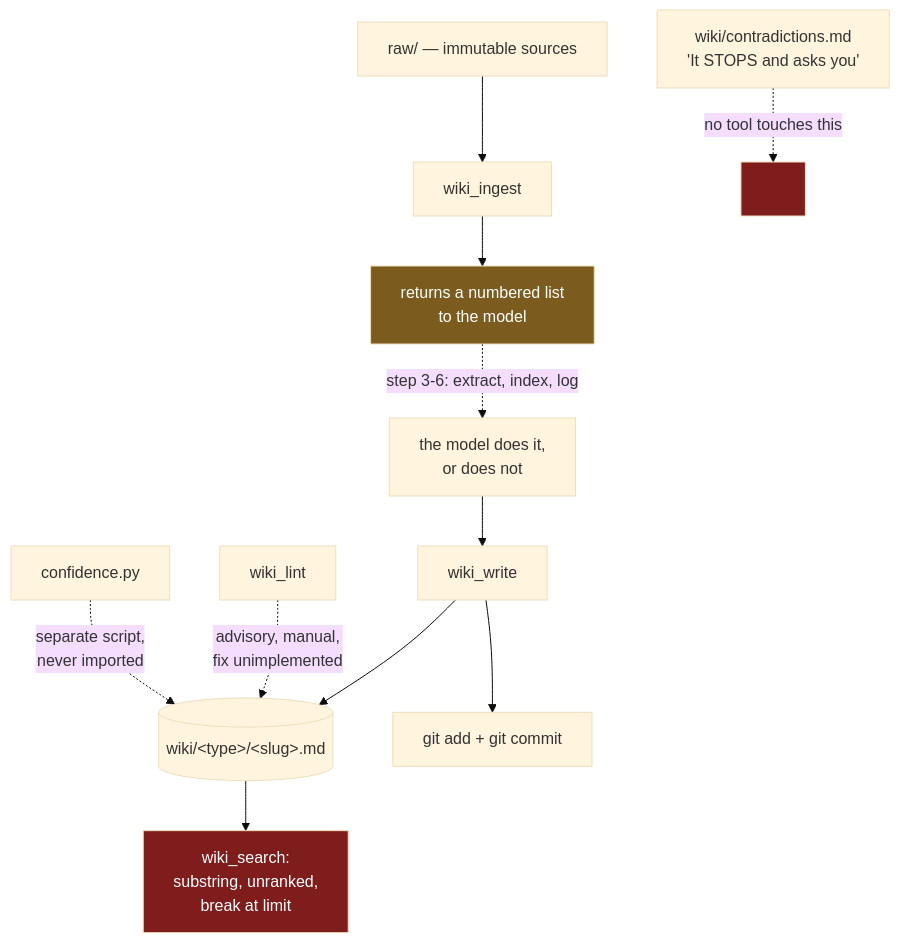
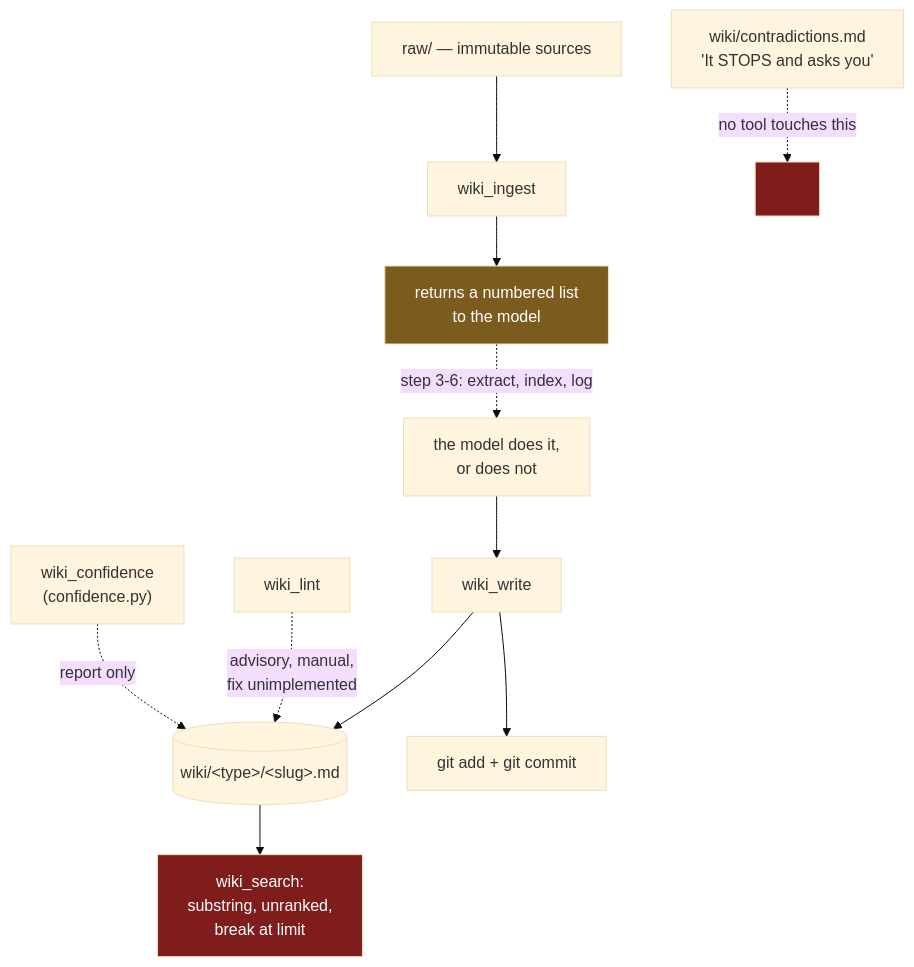
One commit to neoneye/agent-memory-atlas changed the diagram in content/systems/memex-zero-rag.md. Above: the diagram before and after it, drawn with Mermaid (base theme). The commit also changed other lines of this file and 51 other files, not shown here.

````diff
--- a/content/systems/memex-zero-rag.md
+++ b/content/systems/memex-zero-rag.md
@@ -126,17 +129,17 @@
 ```mermaid
 %% caption: the ingest tool returns a numbered list of instructions and the model may or may not follow them, search is unranked substring matching, and the contradiction file no tool touches
 flowchart TD
     RAW["raw/ — immutable sources"] --> ING["wiki_ingest"]
     ING --> INSTR["returns a numbered list<br/>to the model"]
     INSTR -.->|"step 3-6: extract, index, log"| MODEL["the model does it,<br/>or does not"]
     MODEL --> W["wiki_write"]
     W --> PAGE[("wiki/&lt;type&gt;/&lt;slug&gt;.md")]
     W --> GIT["git add + git commit"]
     PAGE --> S["wiki_search:<br/>substring, unranked,<br/>break at limit"]
     LINT["wiki_lint"] -.->|"advisory, manual,<br/>fix unimplemented"| PAGE
-    CONF["confidence.py"] -.->|"separate script,<br/>never imported"| PAGE
+    CONF["wiki_confidence<br/>(confidence.py)"] -.->|"report only"| PAGE
     CONTRA["wiki/contradictions.md<br/>'It STOPS and asks you'"] -.->|"no tool touches this"| NONE["&nbsp;"]
     style INSTR fill:#7c5c1e,color:#fff
     style NONE fill:#7f1d1d,color:#fff
     style S fill:#7f1d1d,color:#fff
 ```
````
